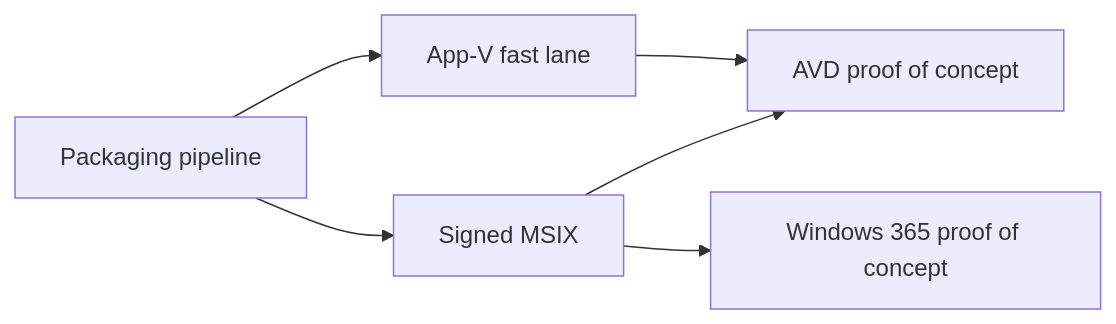
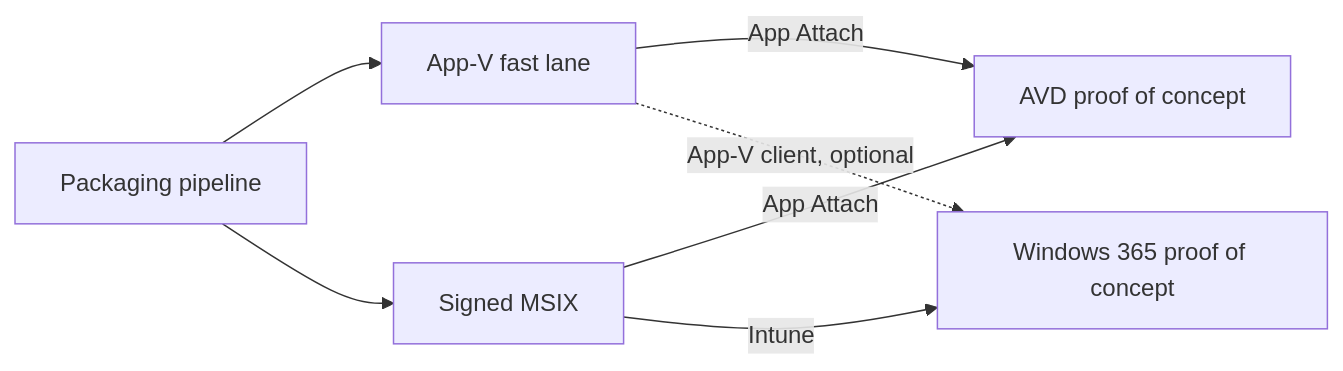
One commit to marckean/AVD-Reference_Architecture changed the second of 2 diagrams in docs/app-attach/avd-and-windows-365.md. Above: the diagram before and after it, drawn with Mermaid. The commit also changed other lines of this file and 6 other files, not shown here.

First line of the commit message:
Correct App-V on Windows 365: possible, but not through App Attach

````diff
--- a/docs/app-attach/avd-and-windows-365.md
+++ b/docs/app-attach/avd-and-windows-365.md
@@ -67,8 +67,9 @@
 ```mermaid
 flowchart LR
     A["Packaging pipeline"] --> B["App-V fast lane"]
     A --> C["Signed MSIX"]
-    B --> D["AVD proof of concept"]
-    C --> D
-    C --> E["Windows 365 proof of concept"]
+    B -->|"App Attach"| D["AVD proof of concept"]
+    C -->|"App Attach"| D
+    C -->|"Intune"| E["Windows 365 proof of concept"]
+    B -.->|"App-V client, optional"| E
 ```
````
